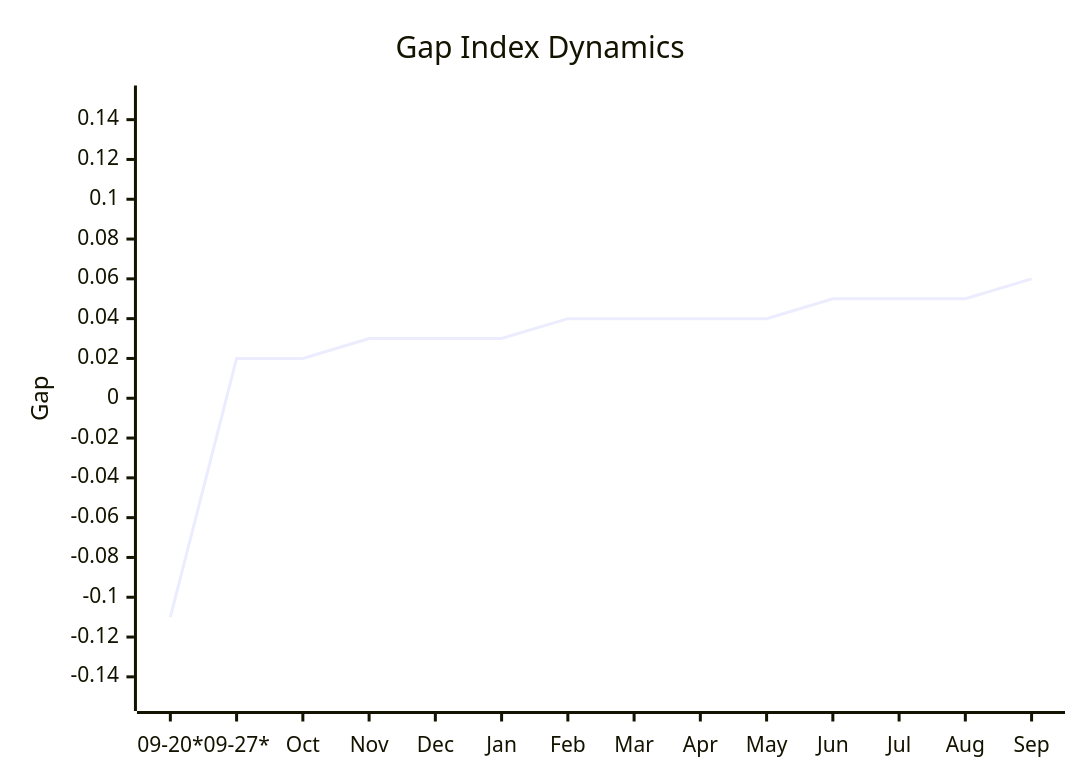
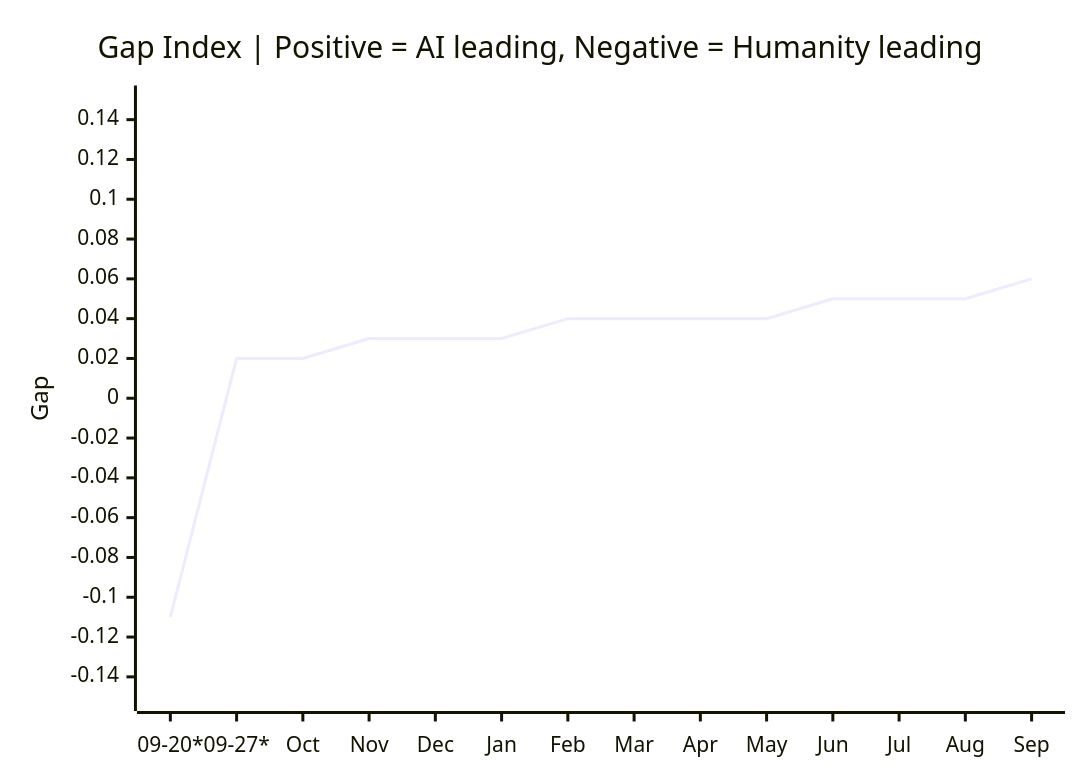
The second of 2 diagrams in README.md (VQQLK/Human-AI-Monitor), drawn with Mermaid before and after one commit. The commit also changed other lines of this file and 2 other files, not shown here.

First line of the commit message:
feat(docs): use bars + line combo chart for instant identification

````diff
--- a/README.md
+++ b/README.md
@@ -41,7 +46,7 @@
 ```mermaid
 xychart-beta
-    title "Gap Index Dynamics"
+    title "Gap Index | Positive = AI leading, Negative = Humanity leading"
     x-axis ["09-20*", "09-27*", "Oct", "Nov", "Dec", "Jan", "Feb", "Mar", "Apr", "May", "Jun", "Jul", "Aug", "Sep"]
     y-axis "Gap" -0.15 --> 0.15
     line [-0.11, 0.02, 0.02, 0.03, 0.03, 0.03, 0.04, 0.04, 0.04, 0.04, 0.05, 0.05, 0.05, 0.06]
 ```
````
